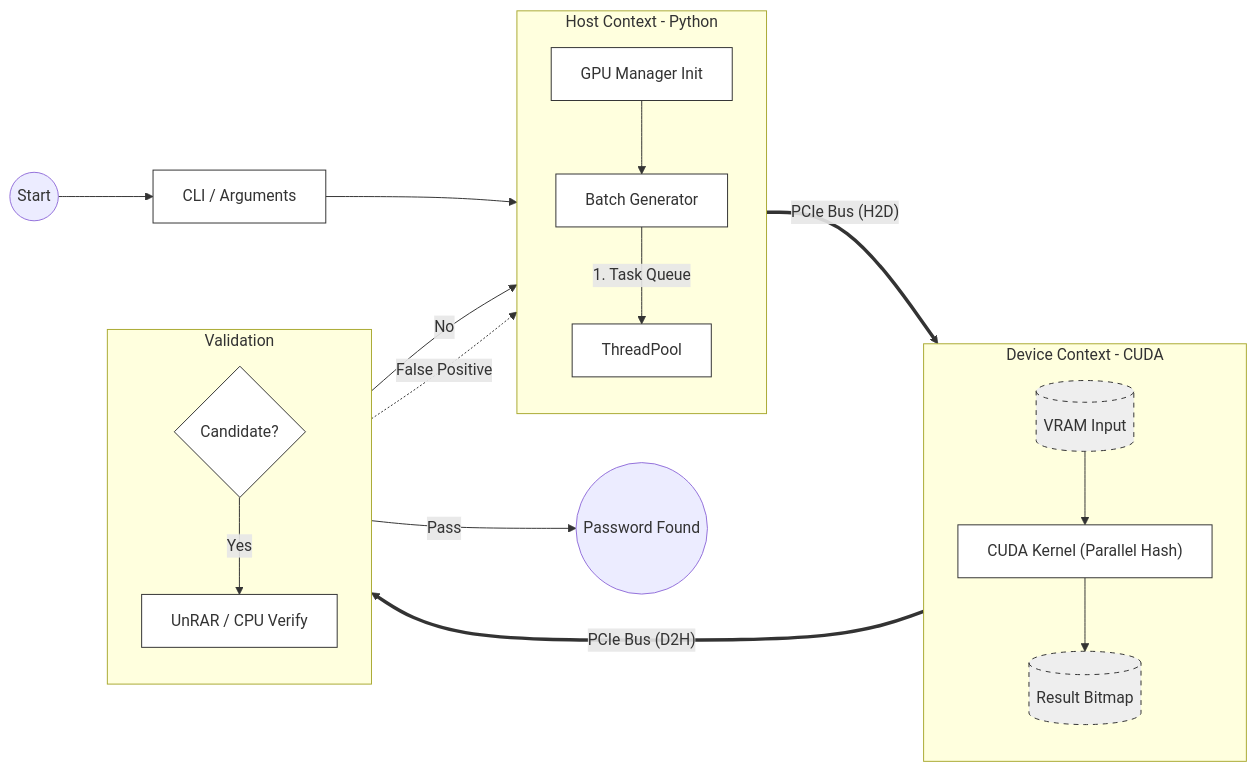
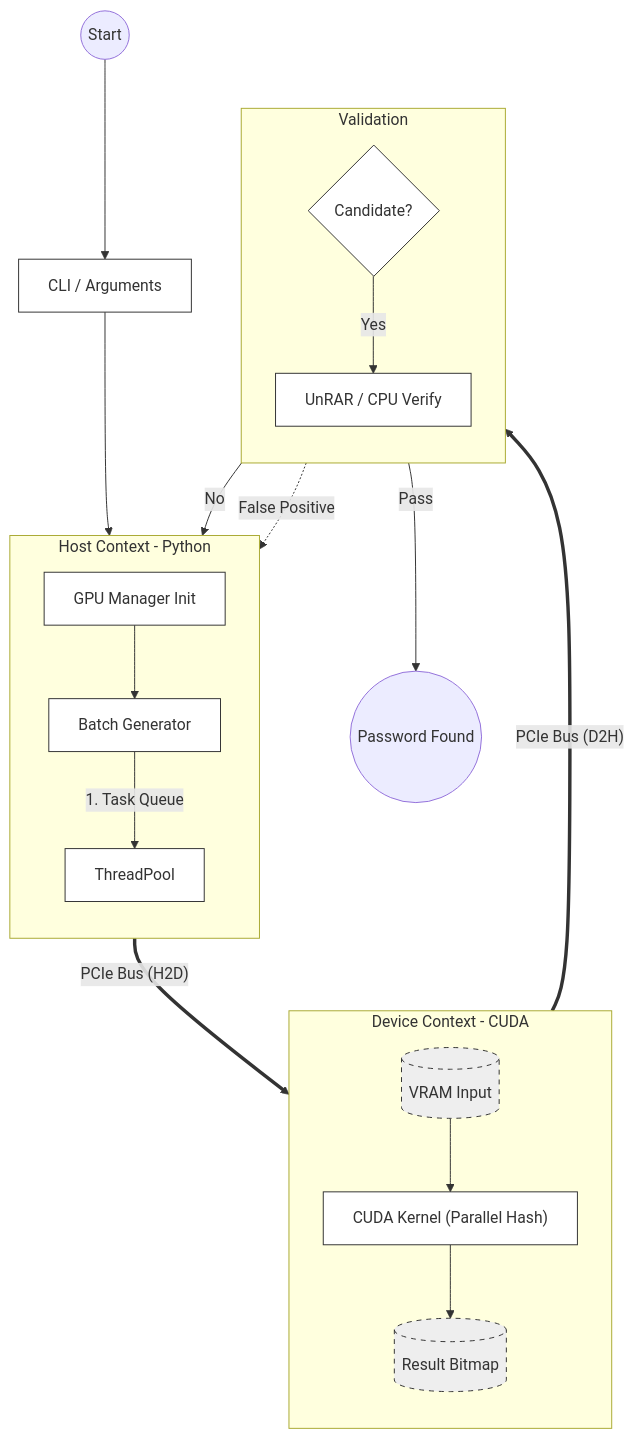
Before and after one commit to aLittlecrocodile/RapidRAR: the diagram in README.md, drawn with Mermaid. The commit also changed 1 other file, not shown here.

Commit message:
docs: change mermaid diagram layout to Top-Bottom (TB) for better readability

````diff
--- a/README.md
+++ b/README.md
@@ -31,39 +31,39 @@
 ```mermaid
-flowchart LR
+flowchart TB
     classDef plain fill:#fff,stroke:#333,stroke-width:1px;
     classDef db fill:#eee,stroke:#333,stroke-width:1px,stroke-dasharray: 5 5;
     
     start((Start)) --> input[CLI / Arguments]
     input --> init[GPU Manager Init]
     
     subgraph Host [Host Context - Python]
         direction TB
         init --> batcher[Batch Generator]
         batcher -->|1. Task Queue| thread[ThreadPool]
     end
 
     thread == "PCIe Bus (H2D)" ==> vram_in
     
     subgraph Device [Device Context - CUDA]
         direction TB
         vram_in[(VRAM Input)] --> kernel["CUDA Kernel (Parallel Hash)"]
         kernel --> vram_out[(Result Bitmap)]
     end
     
     vram_out == "PCIe Bus (D2H)" ==> filter
     
     subgraph Verify [Validation]
         direction TB
         filter{Candidate?}
         check["UnRAR / CPU Verify"]
     end
     
     filter -- Yes --> check
     filter -- No --> batcher
     
     check -- Pass --> found((Password Found))
     check -.->|False Positive| batcher
 
     class input,init,batcher,thread,kernel,check,filter plain;
     class vram_in,vram_out db;
 ```
````
